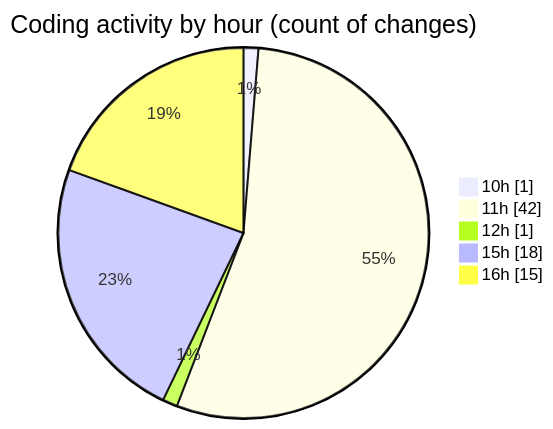
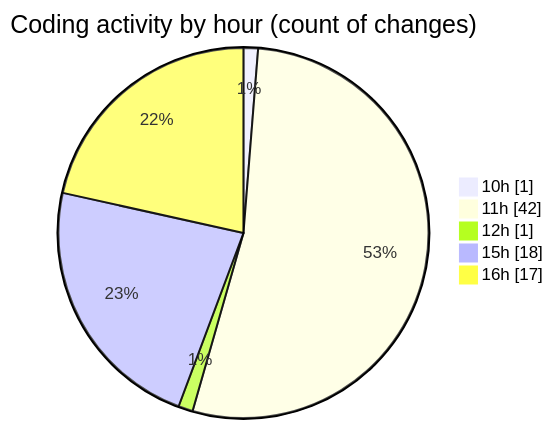
The second of 2 diagrams in 2025-06-25/nxtqube_webapp/README.md (nxtqubesakshisongat/code-tracking), drawn with Mermaid before and after one commit. The commit also changed other lines of this file and 1 other file, not shown here.

````diff
--- a/2025-06-25/nxtqube_webapp/README.md
+++ b/2025-06-25/nxtqube_webapp/README.md
@@ -33,9 +33,9 @@
 ```mermaid
 pie showData
 title Coding activity by hour (count of changes)
 "10h" : 1
 "11h" : 42
 "12h" : 1
 "15h" : 18
-"16h" : 15
+"16h" : 17
 ```
````
